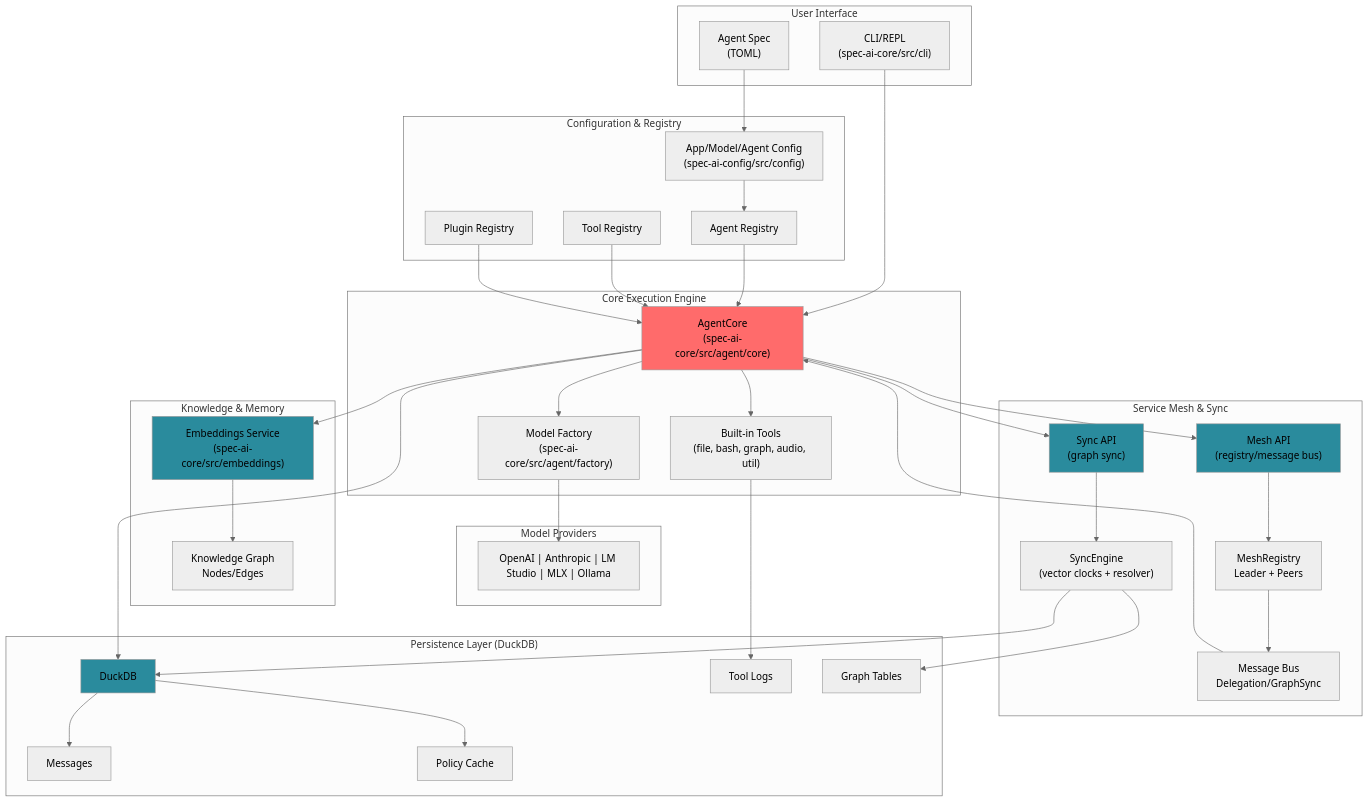
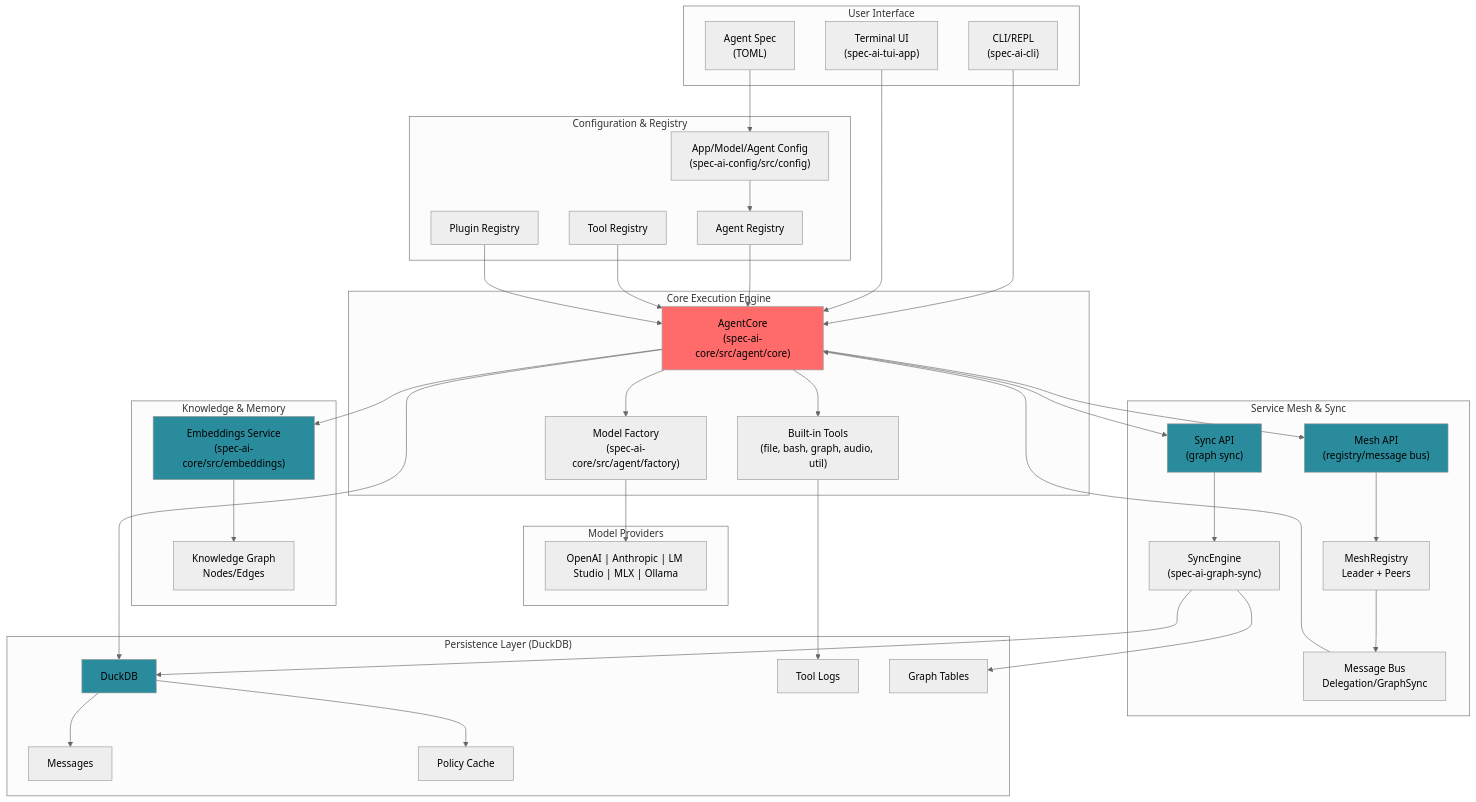
One commit to geoffsee/spec-ai changed the diagram in docs/ARCHITECTURE.md. Above: the diagram before and after it, drawn with Mermaid (neutral theme). The commit also changed other lines of this file and 6 other files, not shown here.

````diff
--- a/docs/ARCHITECTURE.md
+++ b/docs/ARCHITECTURE.md
@@ -5,72 +5,74 @@
 ```mermaid
 graph TB
     subgraph UI["User Interface"]
-        CLI["CLI/REPL<br/>(spec-ai-core/src/cli)"]
+        CLI["CLI/REPL<br/>(spec-ai-cli)"]
+        TUI["Terminal UI<br/>(spec-ai-tui-app)"]
         Spec["Agent Spec<br/>(TOML)"]
     end
 
     subgraph Config["Configuration & Registry"]
         ConfigCore["App/Model/Agent Config<br/>(spec-ai-config/src/config)"]
         AgentReg["Agent Registry"]
         ToolReg["Tool Registry"]
         PluginReg["Plugin Registry"]
     end
 
     subgraph Core["Core Execution Engine"]
         AgentCore["AgentCore<br/>(spec-ai-core/src/agent/core)"]
         ModelFactory["Model Factory<br/>(spec-ai-core/src/agent/factory)"]
         Tools["Built-in Tools<br/>(file, bash, graph, audio, util)"]
     end
 
     subgraph Providers["Model Providers"]
         ProvidersHub["OpenAI | Anthropic | LM Studio | MLX | Ollama"]
     end
 
     subgraph Knowledge["Knowledge & Memory"]
         Embeddings["Embeddings Service<br/>(spec-ai-core/src/embeddings)"]
         GraphDB["Knowledge Graph<br/>Nodes/Edges"]
     end
 
     subgraph MeshSync["Service Mesh & Sync"]
         MeshAPI["Mesh API<br/>(registry/message bus)"]
         MeshRegistry["MeshRegistry<br/>Leader + Peers"]
         MessageBus["Message Bus<br/>Delegation/GraphSync"]
         SyncAPI["Sync API<br/>(graph sync)"]
-        SyncEngine["SyncEngine<br/>(vector clocks + resolver)"]
+        SyncEngine["SyncEngine<br/>(spec-ai-graph-sync)"]
     end
 
     subgraph Persistence["Persistence Layer (DuckDB)"]
         DB["DuckDB"]
         Messages["Messages"]
         ToolLogs["Tool Logs"]
         GraphTables["Graph Tables"]
         PolicyCache["Policy Cache"]
     end
 
     CLI --> AgentCore
+    TUI --> AgentCore
     Spec --> ConfigCore
     ConfigCore --> AgentReg
     AgentReg --> AgentCore
     ToolReg --> AgentCore
     PluginReg --> AgentCore
     AgentCore --> ModelFactory --> ProvidersHub
     AgentCore --> Tools --> ToolLogs
     AgentCore --> Embeddings
     Embeddings --> GraphDB
     AgentCore --> MeshAPI
     MeshAPI --> MeshRegistry
     MeshRegistry --> MessageBus
     MessageBus --> AgentCore
     AgentCore --> SyncAPI --> SyncEngine
     SyncEngine --> GraphTables
     SyncEngine --> DB
     AgentCore --> DB
     DB --> Messages
     DB --> PolicyCache
 
     style AgentCore fill:#ff6b6b
     style DB fill:#2a8b9d
     style Embeddings fill:#2a8b9d
     style MeshAPI fill:#2a8b9d
     style SyncAPI fill:#2a8b9d
 ```
````
